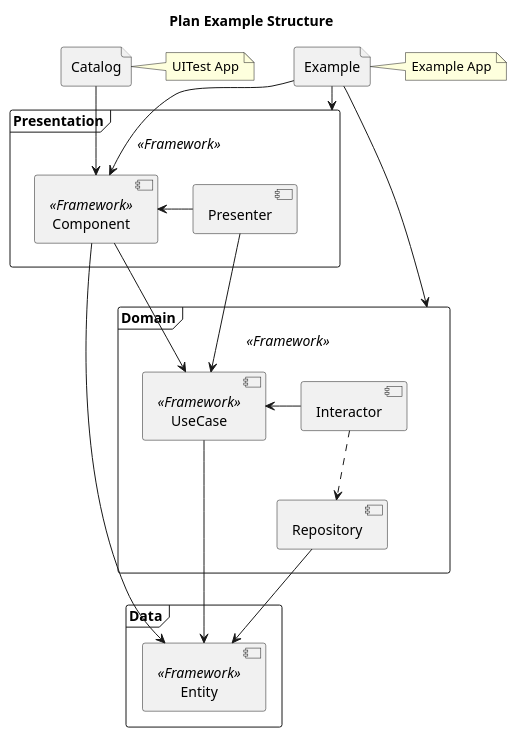
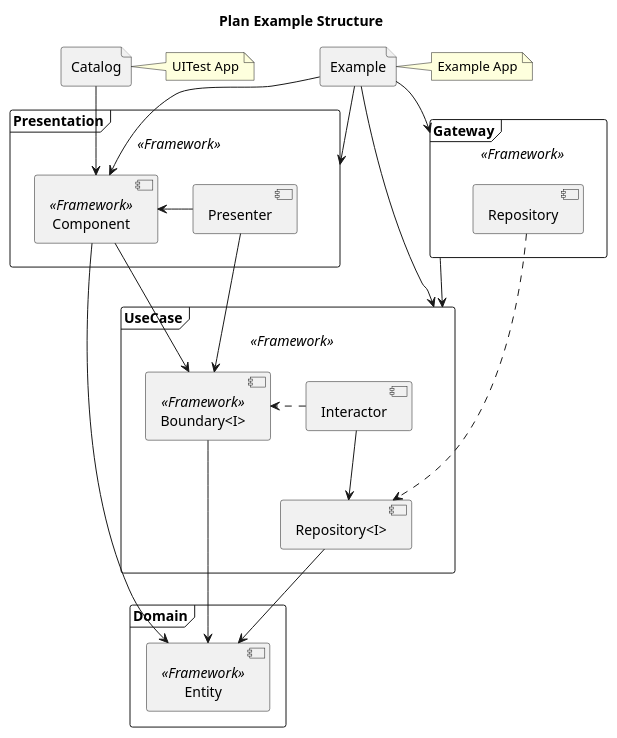
One commit to KyoheiG3/Plan changed the diagram in Examples/plan.pu. Above: the diagram before and after it, drawn with PlantUML.

Commit message:
Fix reference

```diff
--- a/Examples/plan.pu
+++ b/Examples/plan.pu
@@ -1,43 +1,50 @@
 @startuml Plan Example Structure
 
 title Plan Example Structure
 
 file Example
 note right : Example App
 
 file Catalog
 note right : UITest App
 
 frame Presentation <<Framework>> {
   [Presenter]
   [Component] <<Framework>>
 }
 
-frame Domain <<Framework>> {
-  [Interactor]
+frame Gateway <<Framework>> {
   [Repository]
-  [UseCase] <<Framework>>
 }
 
-frame Data {
+frame UseCase <<Framework>> {
+  [Interactor]
+  [Repository<I>]
+  [Boundary<I>] <<Framework>>
+}
+
+frame Domain {
   [Entity] <<Framework>>
 }
 
 Example --> Presentation
-Example ---> Domain
+Example --> Gateway
+Example ---> UseCase
+Gateway --> UseCase
 
 Example --> Component
 Catalog --> Component
 Presenter -> Component
 
-Interactor -> UseCase
-Presenter --> UseCase
-Component --> UseCase
+Interactor .> [Boundary<I>]
+Presenter --> [Boundary<I>]
+Component --> [Boundary<I>]
 
-Interactor ..> Repository
+Repository ..> [Repository<I>]
+Interactor --> [Repository<I>]
 
 Component --> Entity
-Repository --> Entity
-UseCase -> Entity
+[Repository<I>] --> Entity
+[Boundary<I>] -> Entity
 
 @enduml
```
